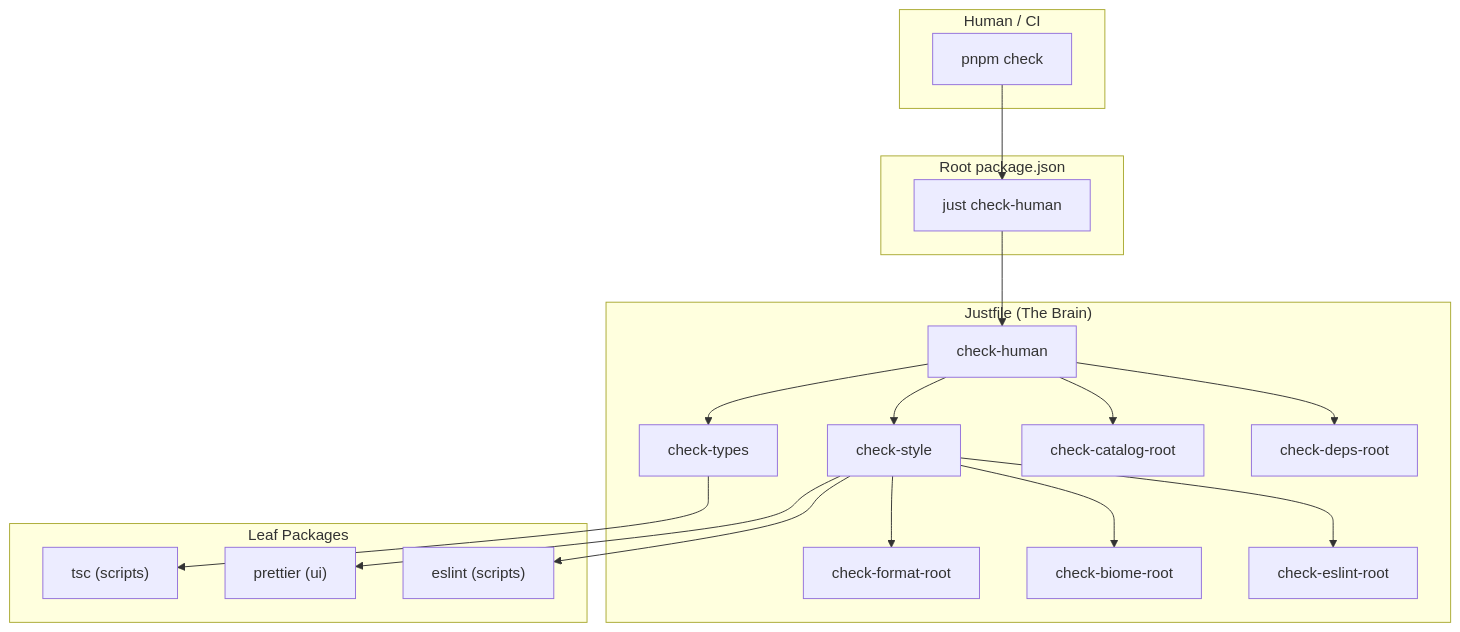
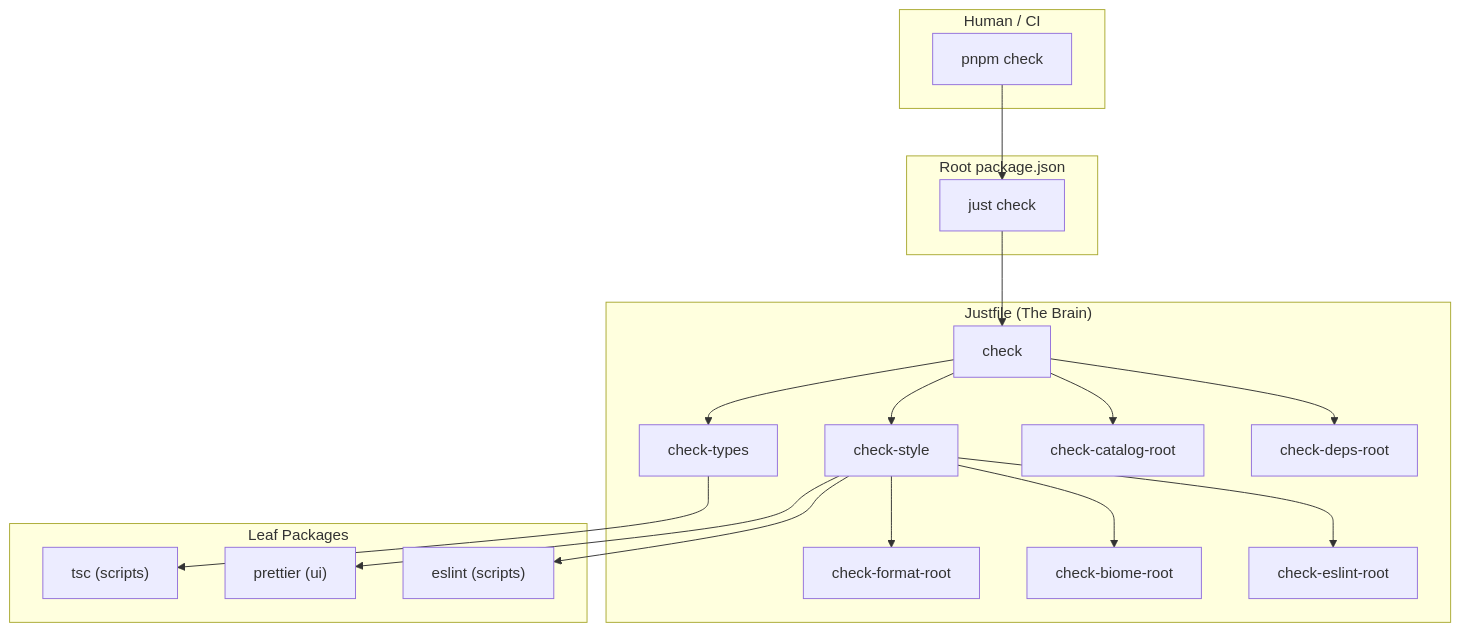
Before and after one commit to matta/mydoo: the diagram in docs/design/workflow-switchboard-pattern.md, drawn with Mermaid. The commit also changed other lines of this file and 7 other files, not shown here.

````diff
--- a/docs/design/workflow-switchboard-pattern.md
+++ b/docs/design/workflow-switchboard-pattern.md
@@ -38,40 +38,40 @@
 ```mermaid
 flowchart TD
     subgraph "Human / CI"
         A["pnpm check"]
     end
 
     subgraph "Root package.json"
-        B["just check-human"]
+        B["just check"]
     end
 
     subgraph "Justfile (The Brain)"
-        C["check-human"]
+        C["check"]
         D["check-style"]
         E["check-types"]
         F["check-catalog-root"]
         G["check-deps-root"]
         H["check-format-root"]
         I["check-biome-root"]
         J["check-eslint-root"]
     end
 
     subgraph "Leaf Packages"
         K["tsc (scripts)"]
         L["prettier (ui)"]
         M["eslint (scripts)"]
     end
 
     A --> B
     B --> C
     C --> D
     C --> E
     C --> F
     C --> G
     D --> H
     D --> I
     D --> J
     E --> K
     D --> L
     D --> M
 ```
````
